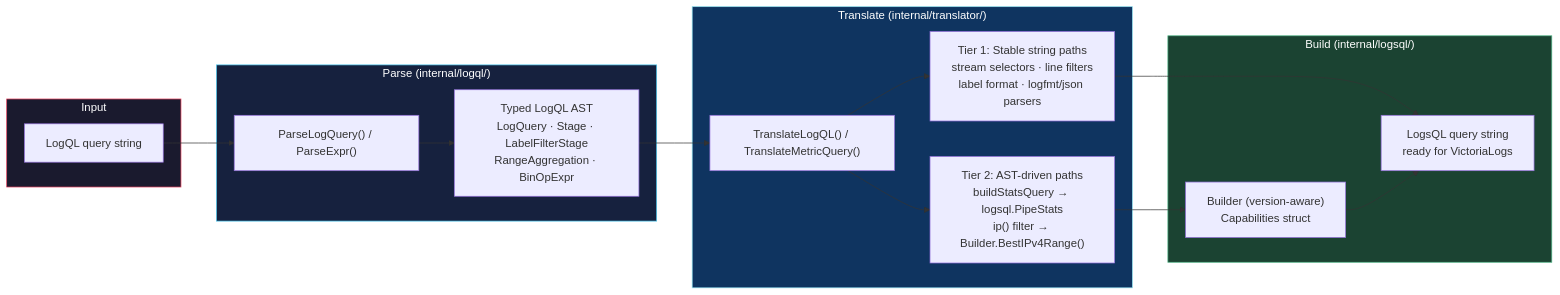
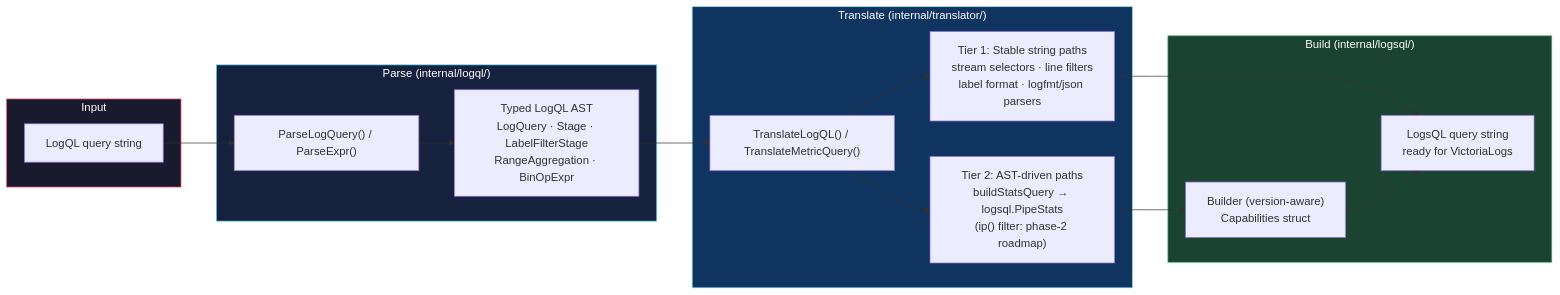
The seventh of 7 diagrams in docs/architecture.md (ReliablyObserve/loki-vl-proxy), drawn with Mermaid before and after one commit. The commit also changed 2 other files, not shown here.

Commit message:
docs: fix diagram accuracy, correct regex count in CHANGELOG

````diff
--- a/docs/architecture.md
+++ b/docs/architecture.md
@@ -260,31 +260,31 @@
 ```mermaid
 flowchart LR
     subgraph Input["Input"]
         LQ["LogQL query string"]
     end
 
     subgraph Parse["Parse (internal/logql/)"]
         PARSE["ParseLogQuery() / ParseExpr()"]
         AST1["Typed LogQL AST\nLogQuery · Stage · LabelFilterStage\nRangeAggregation · BinOpExpr"]
     end
 
     subgraph Translate["Translate (internal/translator/)"]
         TR["TranslateLogQL() / TranslateMetricQuery()"]
         TIER1["Tier 1: Stable string paths\nstream selectors · line filters\nlabel format · logfmt/json parsers"]
-        TIER2["Tier 2: AST-driven paths\nbuildStatsQuery → logsql.PipeStats\nip() filter → Builder.BestIPv4Range()"]
+        TIER2["Tier 2: AST-driven paths\nbuildStatsQuery → logsql.PipeStats\n(ip() filter: phase-2 roadmap)"]
     end
 
     subgraph Build["Build (internal/logsql/)"]
         BUILDER["Builder (version-aware)\nCapabilities struct"]
         LOGSQL["LogsQL query string\nready for VictoriaLogs"]
     end
 
     LQ --> PARSE --> AST1 --> TR
     TR --> TIER1 --> LOGSQL
     TR --> TIER2 --> BUILDER --> LOGSQL
 
     style Input fill:#1a1a2e,stroke:#e94560,color:#fff
     style Parse fill:#16213e,stroke:#4cc9f0,color:#fff
     style Translate fill:#0f3460,stroke:#90e0ef,color:#fff
     style Build fill:#1b4332,stroke:#52b788,color:#fff
 ```
````
